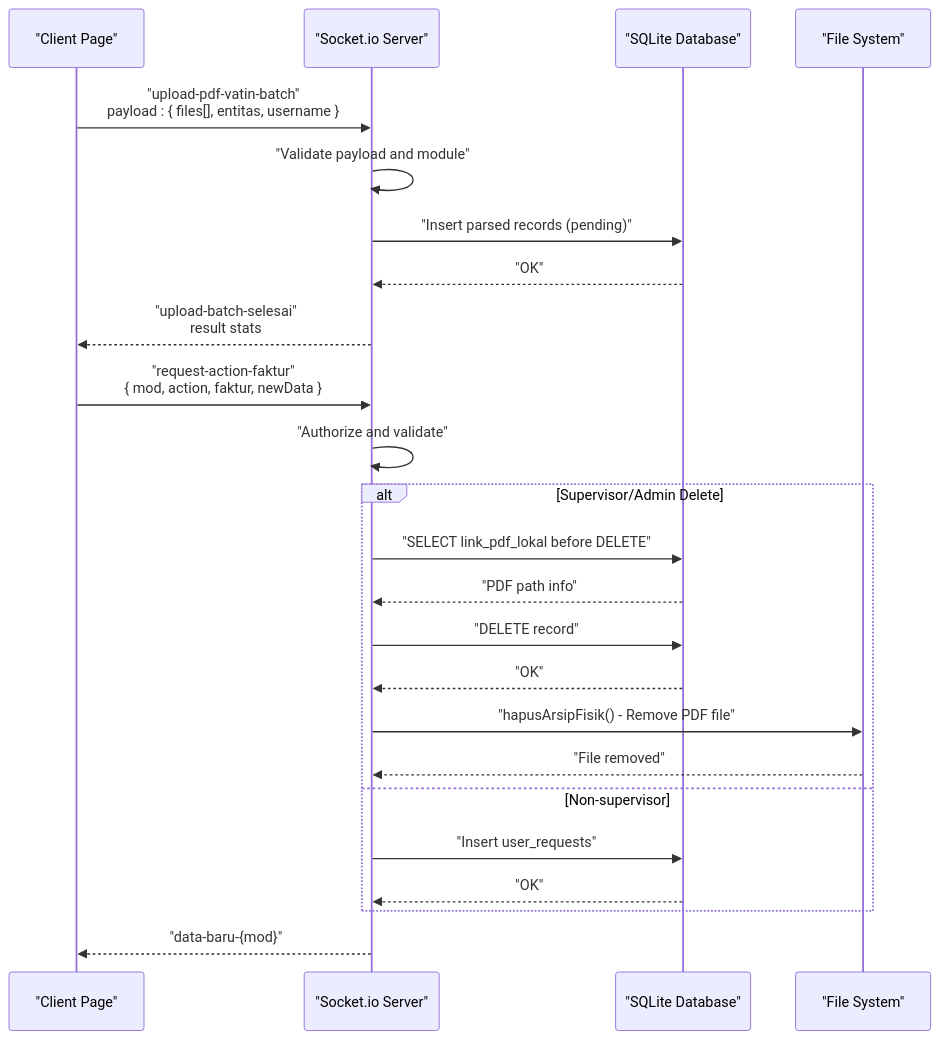
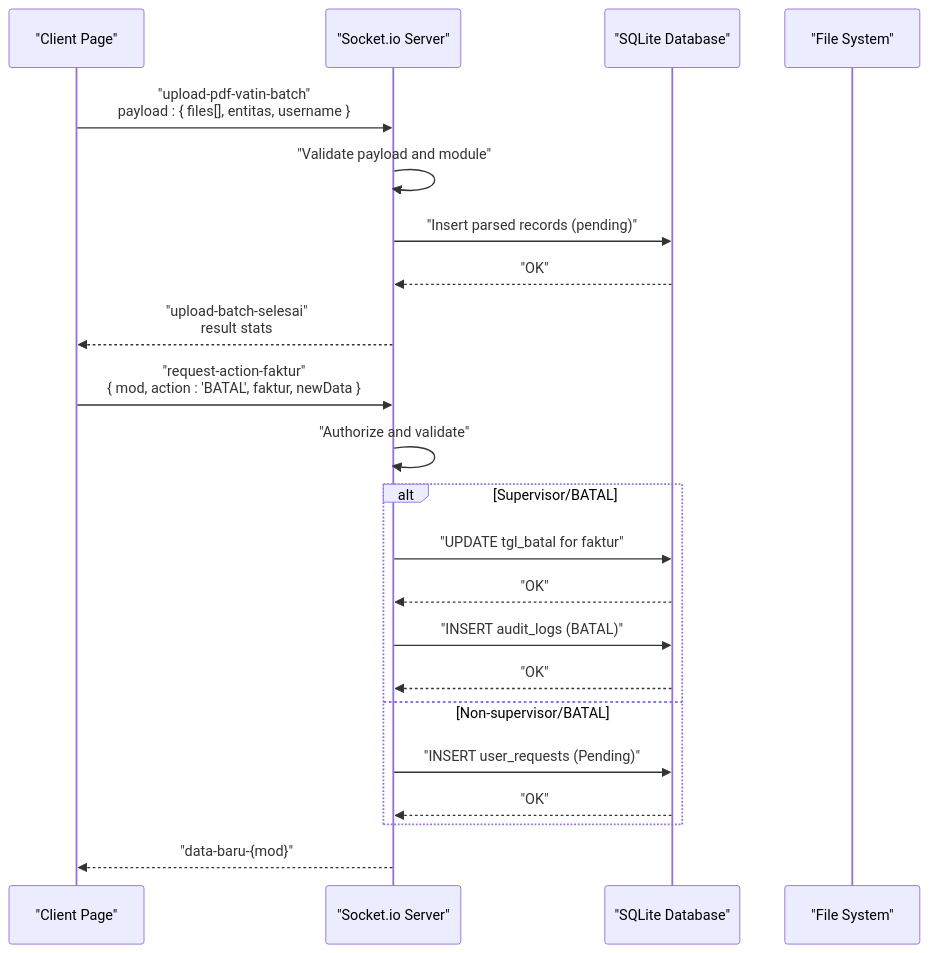
Before and after one commit to rendisiagian/TDS_by_RENDISIAGIAN: the second of 8 diagrams in .qoder/repowiki/en/content/Advanced Features/Real-time Processing & Socket.io Integration.md, drawn with Mermaid. The commit also changed other lines of this file and 38 other files, not shown here.

````diff
--- a/.qoder/repowiki/en/content/Advanced Features/Real-time Processing & Socket.io Integration.md
+++ b/.qoder/repowiki/en/content/Advanced Features/Real-time Processing & Socket.io Integration.md
@@ -94,26 +104,24 @@
 ```mermaid
 sequenceDiagram
 participant Client as "Client Page"
 participant Socket as "Socket.io Server"
 participant DB as "SQLite Database"
 participant FS as "File System"
 Client->>Socket : "upload-pdf-vatin-batch"<br/>payload : { files[], entitas, username }
 Socket->>Socket : "Validate payload and module"
 Socket->>DB : "Insert parsed records (pending)"
 DB-->>Socket : "OK"
 Socket-->>Client : "upload-batch-selesai"<br/>result stats
-Client->>Socket : "request-action-faktur"<br/>{ mod, action, faktur, newData }
+Client->>Socket : "request-action-faktur"<br/>{ mod, action : 'BATAL', faktur, newData }
 Socket->>Socket : "Authorize and validate"
-alt Supervisor/Admin Delete
-Socket->>DB : "SELECT link_pdf_lokal before DELETE"
-DB-->>Socket : "PDF path info"
-Socket->>DB : "DELETE record"
+alt Supervisor/BATAL
+Socket->>DB : "UPDATE tgl_batal for faktur"
 DB-->>Socket : "OK"
-Socket->>FS : "hapusArsipFisik() - Remove PDF file"
-FS-->>Socket : "File removed"
-else Non-supervisor
-Socket->>DB : "Insert user_requests"
+Socket->>DB : "INSERT audit_logs (BATAL)"
+DB-->>Socket : "OK"
+else Non-supervisor/BATAL
+Socket->>DB : "INSERT user_requests (Pending)"
 DB-->>Socket : "OK"
 end
 Socket-->>Client : "data-baru-{mod}"
 ```
````
